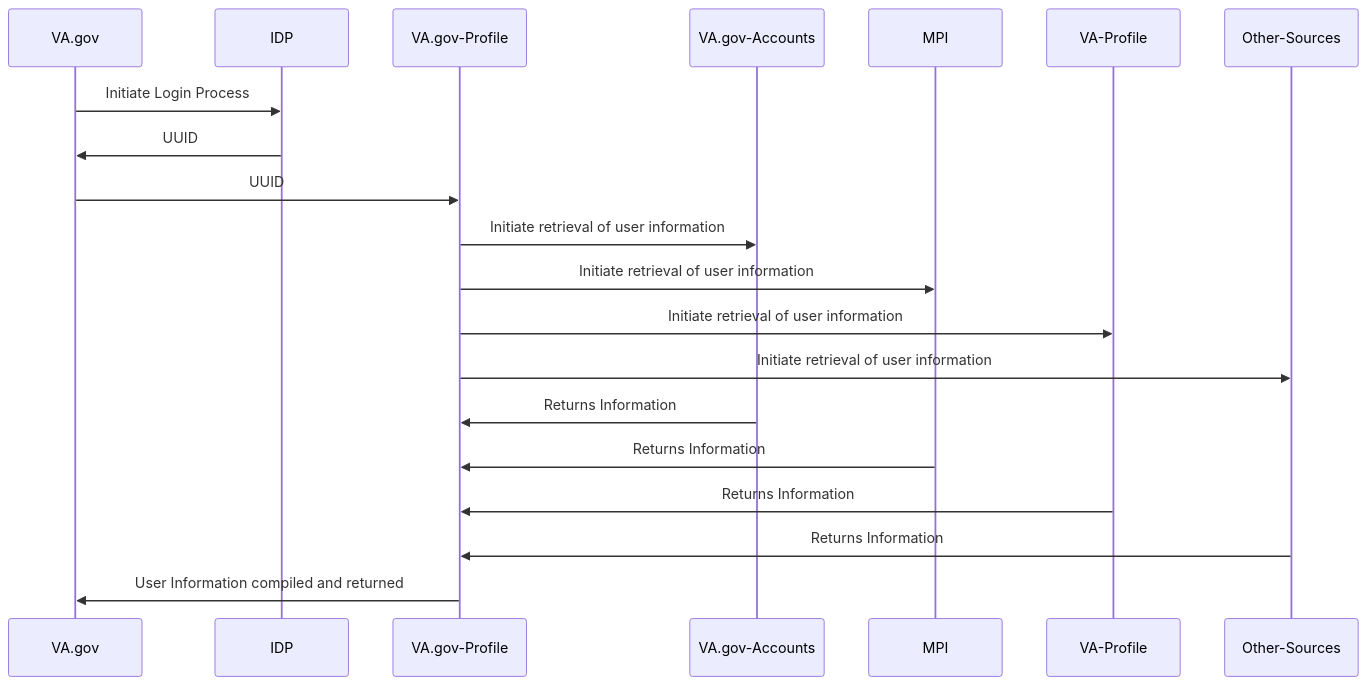
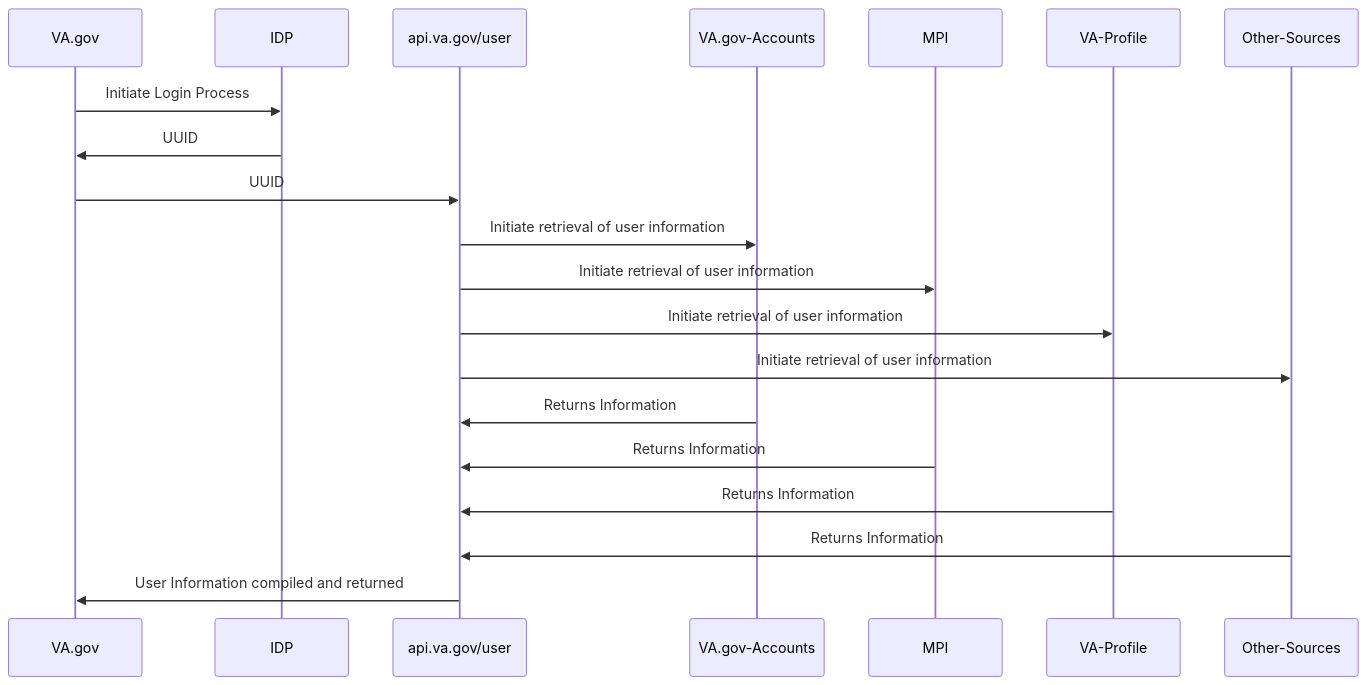
Before and after one commit to department-of-veterans-affairs/va.gov-team: the fourth of 5 diagrams in products/ask-va/integration/va_profile/profile_processes.md, drawn with Mermaid.

````diff
--- a/products/ask-va/integration/va_profile/profile_processes.md
+++ b/products/ask-va/integration/va_profile/profile_processes.md
@@ -106,15 +106,15 @@
 ```mermaid
 sequenceDiagram
     VA.gov->>IDP: Initiate Login Process
     IDP->>VA.gov: UUID
-    VA.gov->>VA.gov-Profile: UUID
-    VA.gov-Profile->>VA.gov-Accounts: Initiate retrieval of user information
-    VA.gov-Profile->>MPI: Initiate retrieval of user information
-    VA.gov-Profile->>VA-Profile: Initiate retrieval of user information
-    VA.gov-Profile->>Other-Sources: Initiate retrieval of user information
-    VA.gov-Accounts->>VA.gov-Profile: Returns Information
-    MPI->>VA.gov-Profile: Returns Information
-    VA-Profile->>VA.gov-Profile: Returns Information
-    Other-Sources->>VA.gov-Profile: Returns Information
-    VA.gov-Profile->>VA.gov: User Information compiled and returned
+    VA.gov->>api.va.gov/user: UUID
+    api.va.gov/user->>VA.gov-Accounts: Initiate retrieval of user information
+    api.va.gov/user->>MPI: Initiate retrieval of user information
+    api.va.gov/user->>VA-Profile: Initiate retrieval of user information
+    api.va.gov/user->>Other-Sources: Initiate retrieval of user information
+    VA.gov-Accounts->>api.va.gov/user: Returns Information
+    MPI->>api.va.gov/user: Returns Information
+    VA-Profile->>api.va.gov/user: Returns Information
+    Other-Sources->>api.va.gov/user: Returns Information
+    api.va.gov/user->>VA.gov: User Information compiled and returned
 ```
````
